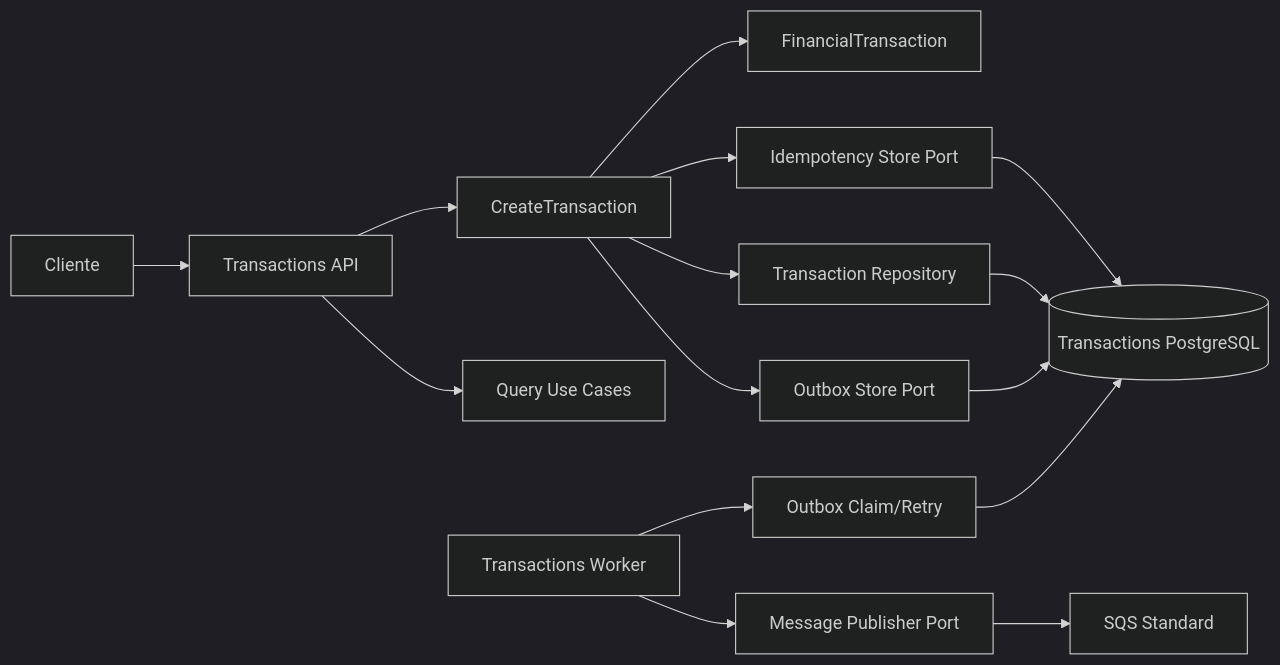
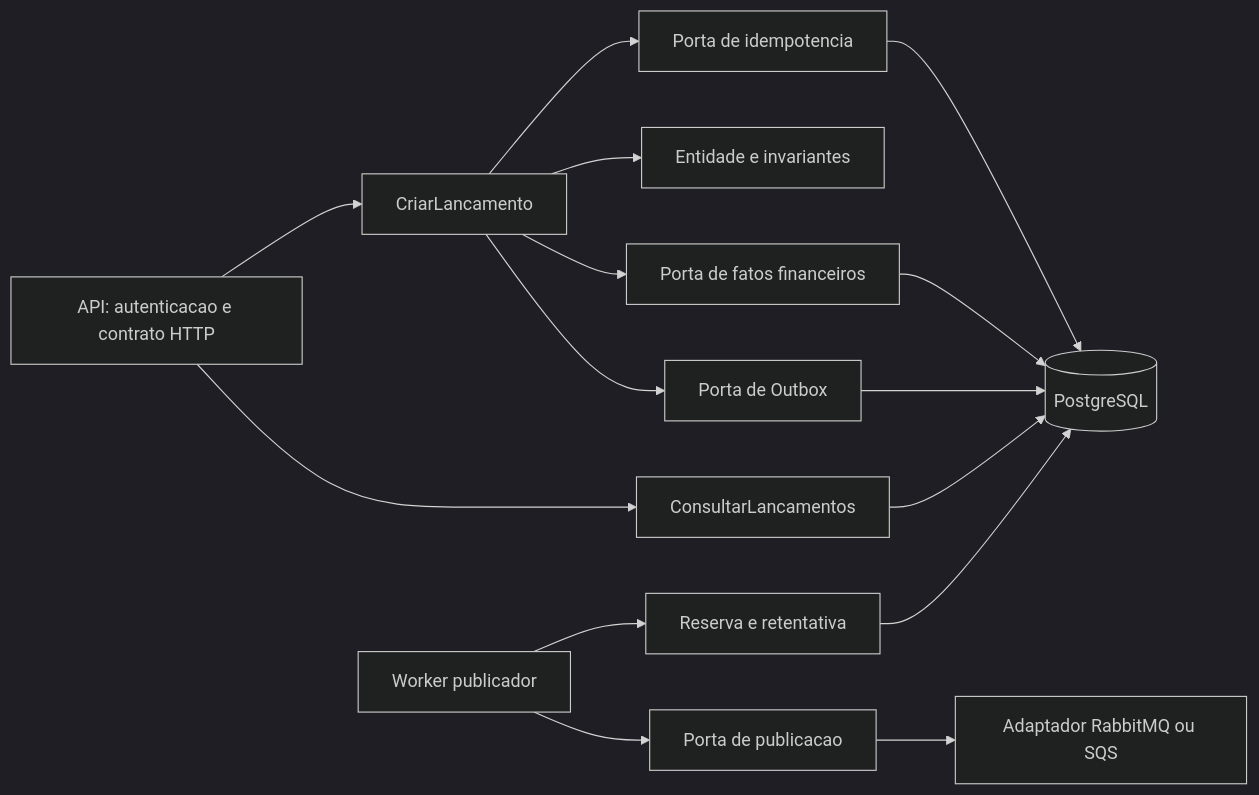
The first of 2 diagrams in docs/05-arquitetura-software/c4-componentes.md (ThiagoFerraciolli/cash-flow-architecture), drawn with Mermaid (dark theme) before and after one commit. The commit also changed other lines of this file and 37 other files, not shown here.

````diff
--- a/docs/05-arquitetura-software/c4-componentes.md
+++ b/docs/05-arquitetura-software/c4-componentes.md
@@ -9,17 +7,17 @@
 ```mermaid
 flowchart LR
-  Client[Cliente] --> API[Transactions API]
-  API --> Create[CreateTransaction]
-  API --> Query[Query Use Cases]
-  Create --> Domain[FinancialTransaction]
-  Create --> Idem[Idempotency Store Port]
-  Create --> Repo[Transaction Repository]
-  Create --> Outbox[Outbox Store Port]
-  Idem --> Db[(Transactions PostgreSQL)]
-  Repo --> Db
-  Outbox --> Db
-  Worker[Transactions Worker] --> Claim[Outbox Claim/Retry]
-  Claim --> Db
-  Worker --> Pub[Message Publisher Port]
-  Pub --> Q[SQS Standard]
+    HTTP[API: autenticacao e contrato HTTP] --> UC[CriarLancamento]
+    HTTP --> QUERY[ConsultarLancamentos]
+    UC --> DOM[Entidade e invariantes]
+    UC --> IDEM[Porta de idempotencia]
+    UC --> REPO[Porta de fatos financeiros]
+    UC --> OUT[Porta de Outbox]
+    IDEM --> DB[(PostgreSQL)]
+    REPO --> DB
+    OUT --> DB
+    QUERY --> DB
+    WORK[Worker publicador] --> LEASE[Reserva e retentativa]
+    LEASE --> DB
+    WORK --> PUB[Porta de publicacao]
+    PUB --> ADP[Adaptador RabbitMQ ou SQS]
 ```
````
